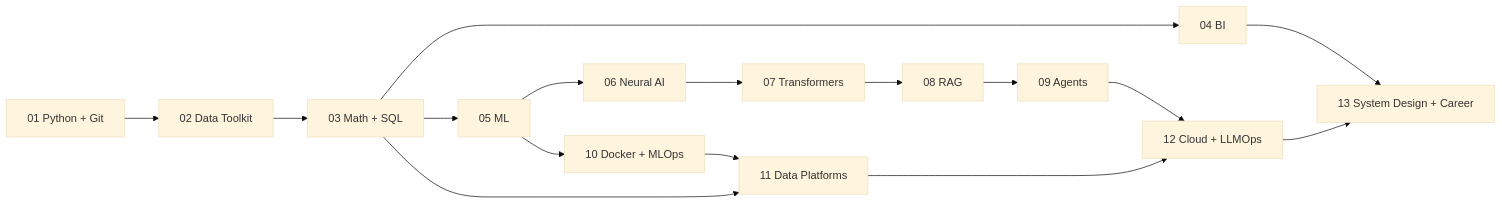
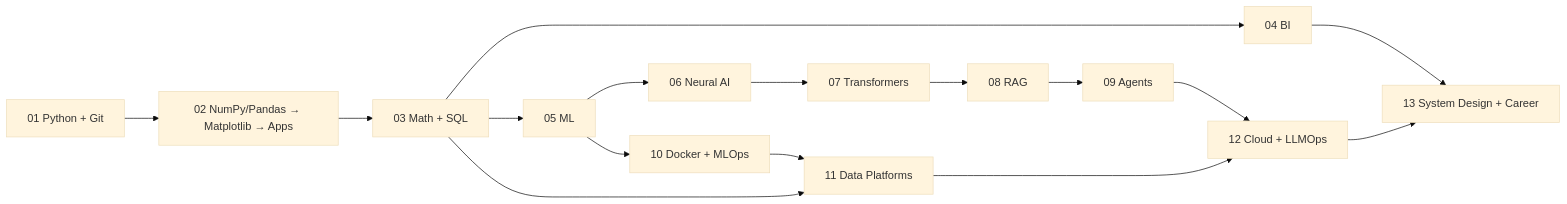
The diagram in ROADMAP.md (coderkali/machine_learning), drawn with Mermaid (base theme) before and after one commit. The commit also changed other lines of this file and 5 other files, not shown here.

Commit message:
AI ML roadmap Upated

````diff
--- a/ROADMAP.md
+++ b/ROADMAP.md
@@ -23,13 +25,13 @@
 ```mermaid
 flowchart LR
-    P01["01 Python + Git"] --> P02["02 Data Toolkit"] --> P03["03 Math + SQL"]
+    P01["01 Python + Git"] --> P02["02 NumPy/Pandas → Matplotlib → Apps"] --> P03["03 Math + SQL"]
     P03 --> P04["04 BI"]
     P03 --> P05["05 ML"] --> P06["06 Neural AI"] --> P07["07 Transformers"] --> P08["08 RAG"] --> P09["09 Agents"]
     P05 --> P10["10 Docker + MLOps"]
     P03 --> P11["11 Data Platforms"]
     P10 --> P11
     P09 --> P12["12 Cloud + LLMOps"]
     P11 --> P12
     P04 --> P13["13 System Design + Career"]
     P12 --> P13
 ```
````
